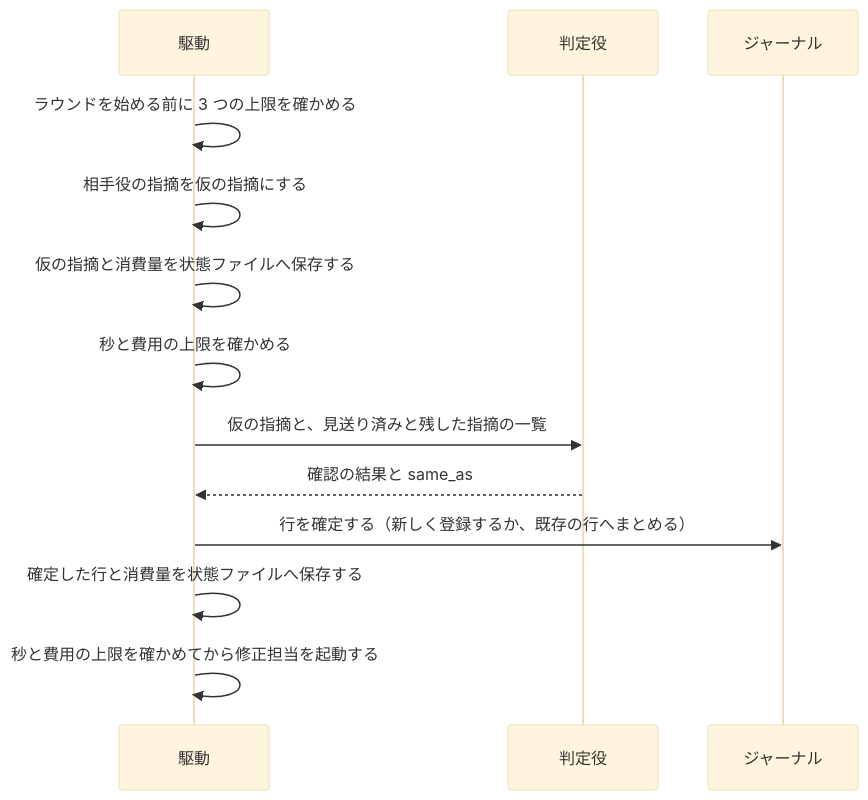
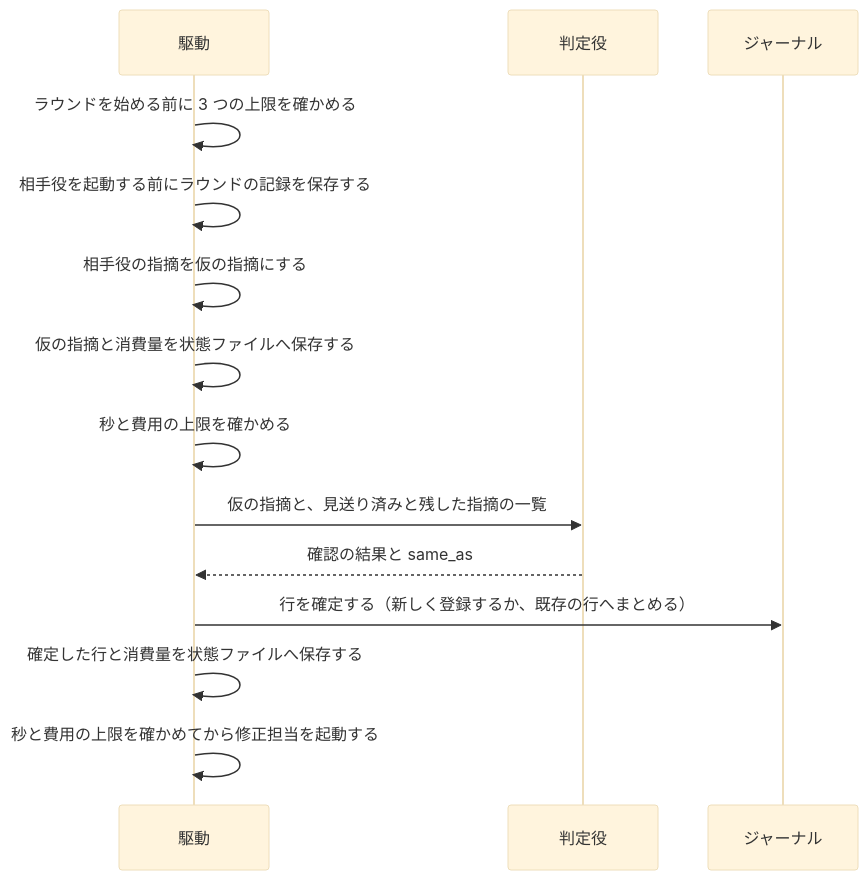
Before and after one commit to devbasex/ai-plugins: the third of 3 diagrams in issues/issue-2468-design.md, drawn with Mermaid (base theme). The commit also changed other lines of this file and 2 other files, not shown here.

````diff
--- a/issues/issue-2468-design.md
+++ b/issues/issue-2468-design.md
@@ -225,15 +230,16 @@
 ```mermaid
 sequenceDiagram
     participant D as 駆動
     participant V as 判定役
     participant J as ジャーナル
     D->>D: ラウンドを始める前に 3 つの上限を確かめる
+    D->>D: 相手役を起動する前にラウンドの記録を保存する
     D->>D: 相手役の指摘を仮の指摘にする
     D->>D: 仮の指摘と消費量を状態ファイルへ保存する
     D->>D: 秒と費用の上限を確かめる
     D->>V: 仮の指摘と、見送り済みと残した指摘の一覧
     V-->>D: 確認の結果と same_as
     D->>J: 行を確定する（新しく登録するか、既存の行へまとめる）
     D->>D: 確定した行と消費量を状態ファイルへ保存する
     D->>D: 秒と費用の上限を確かめてから修正担当を起動する
 ```
````
